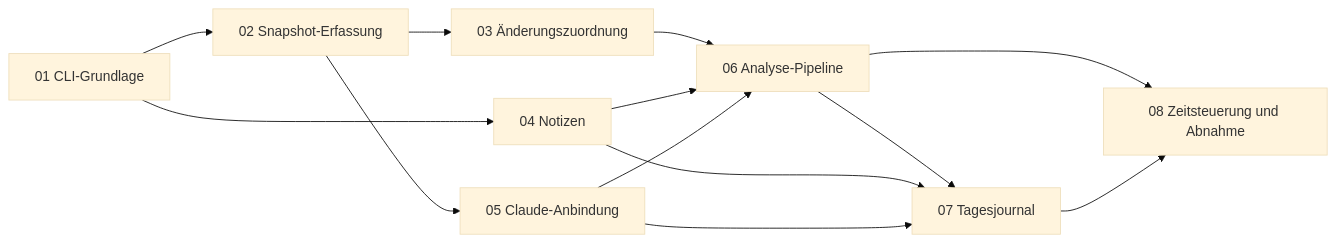
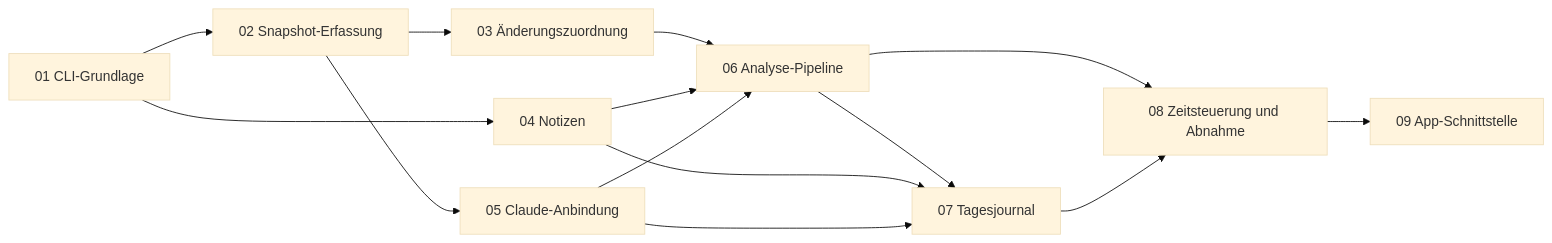
The diagram in docs/implementation/README.md (AlexMarrer/ipa-tool), drawn with Mermaid (base theme) before and after one commit. The commit also changed other lines of this file and 48 other files, not shown here.

````diff
--- a/docs/implementation/README.md
+++ b/docs/implementation/README.md
@@ -32,15 +33,16 @@
 ```mermaid
 graph LR
   P01[01 CLI-Grundlage] --> P02[02 Snapshot-Erfassung]
   P02 --> P03[03 Änderungszuordnung]
   P01 --> P04[04 Notizen]
   P02 --> P05[05 Claude-Anbindung]
   P03 --> P06[06 Analyse-Pipeline]
   P04 --> P06
   P05 --> P06
   P06 --> P07[07 Tagesjournal]
   P04 --> P07
   P05 --> P07
   P06 --> P08[08 Zeitsteuerung und Abnahme]
   P07 --> P08
+  P08 --> P09[09 App-Schnittstelle]
 ```
````
